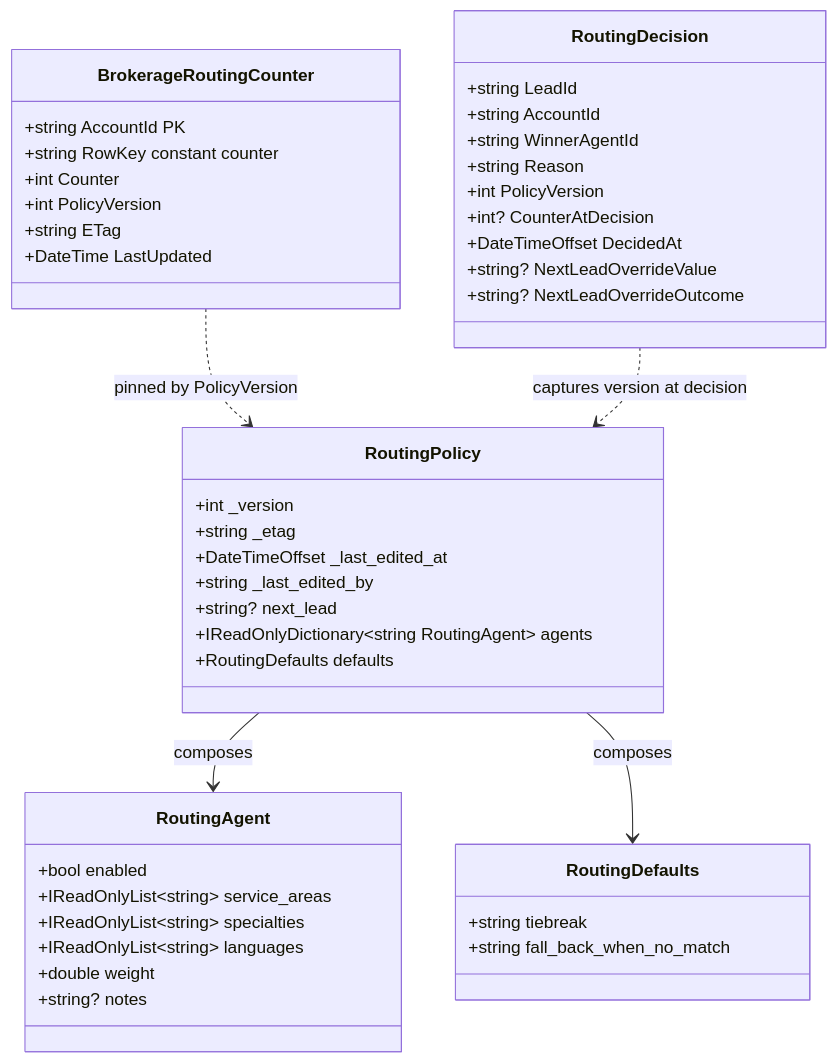
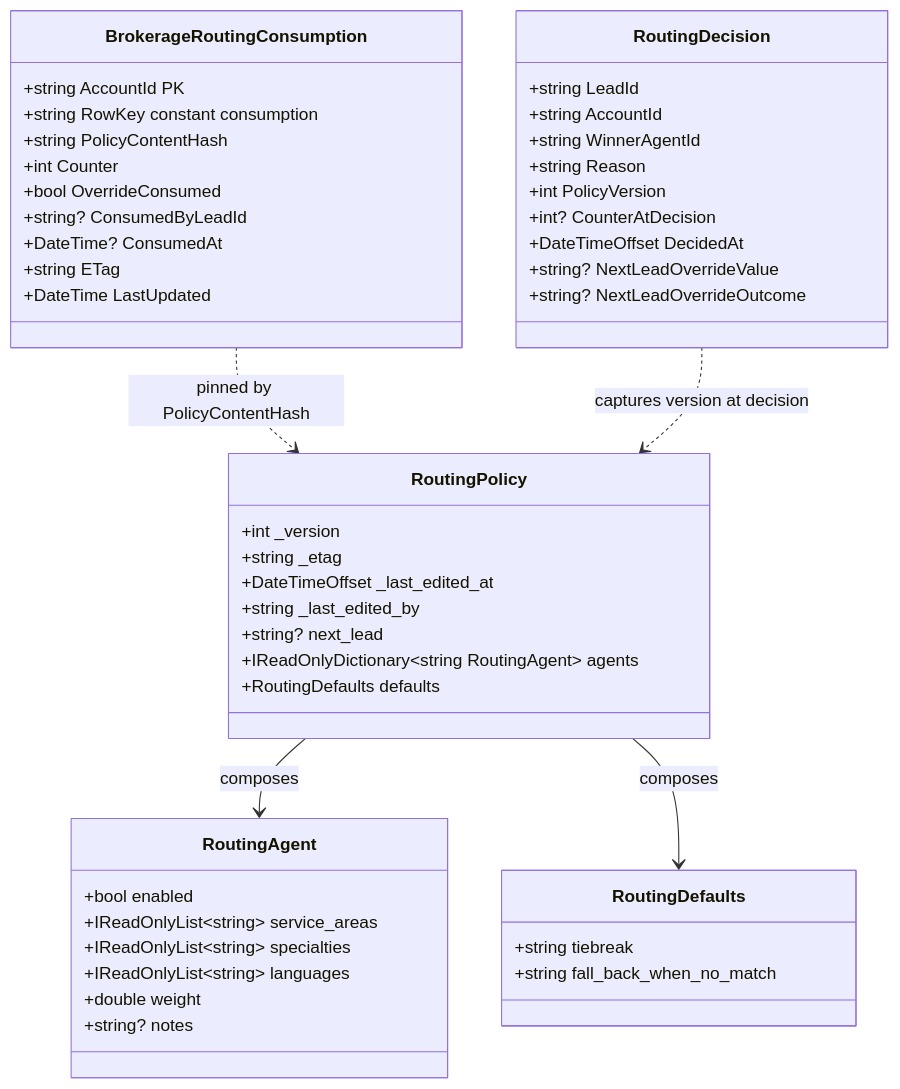
Diagram 14 of 34 in docs/superpowers/specs/2026-04-12-agent-site-comprehensive-design.md (edward-rosado/jenisesells-website), drawn with Mermaid before and after one commit. The commit also changed other lines of this file and 1 other file, not shown here.

````diff
--- a/docs/superpowers/specs/2026-04-12-agent-site-comprehensive-design.md
+++ b/docs/superpowers/specs/2026-04-12-agent-site-comprehensive-design.md
@@ -1522,47 +1532,50 @@
 ```mermaid
 classDiagram
     class RoutingPolicy {
         +int _version
         +string _etag
         +DateTimeOffset _last_edited_at
         +string _last_edited_by
         +string? next_lead
         +IReadOnlyDictionary~string RoutingAgent~ agents
         +RoutingDefaults defaults
     }
     class RoutingAgent {
         +bool enabled
         +IReadOnlyList~string~ service_areas
         +IReadOnlyList~string~ specialties
         +IReadOnlyList~string~ languages
         +double weight
         +string? notes
     }
     class RoutingDefaults {
         +string tiebreak
         +string fall_back_when_no_match
     }
-    class BrokerageRoutingCounter {
+    class BrokerageRoutingConsumption {
         +string AccountId PK
-        +string RowKey constant counter
+        +string RowKey constant consumption
+        +string PolicyContentHash
         +int Counter
-        +int PolicyVersion
+        +bool OverrideConsumed
+        +string? ConsumedByLeadId
+        +DateTime? ConsumedAt
         +string ETag
         +DateTime LastUpdated
     }
     class RoutingDecision {
         +string LeadId
         +string AccountId
         +string WinnerAgentId
         +string Reason
         +int PolicyVersion
         +int? CounterAtDecision
         +DateTimeOffset DecidedAt
         +string? NextLeadOverrideValue
         +string? NextLeadOverrideOutcome
     }
     RoutingPolicy --> RoutingAgent : composes
     RoutingPolicy --> RoutingDefaults : composes
-    BrokerageRoutingCounter ..> RoutingPolicy : pinned by PolicyVersion
+    BrokerageRoutingConsumption ..> RoutingPolicy : pinned by PolicyContentHash
     RoutingDecision ..> RoutingPolicy : captures version at decision
 ```
````
